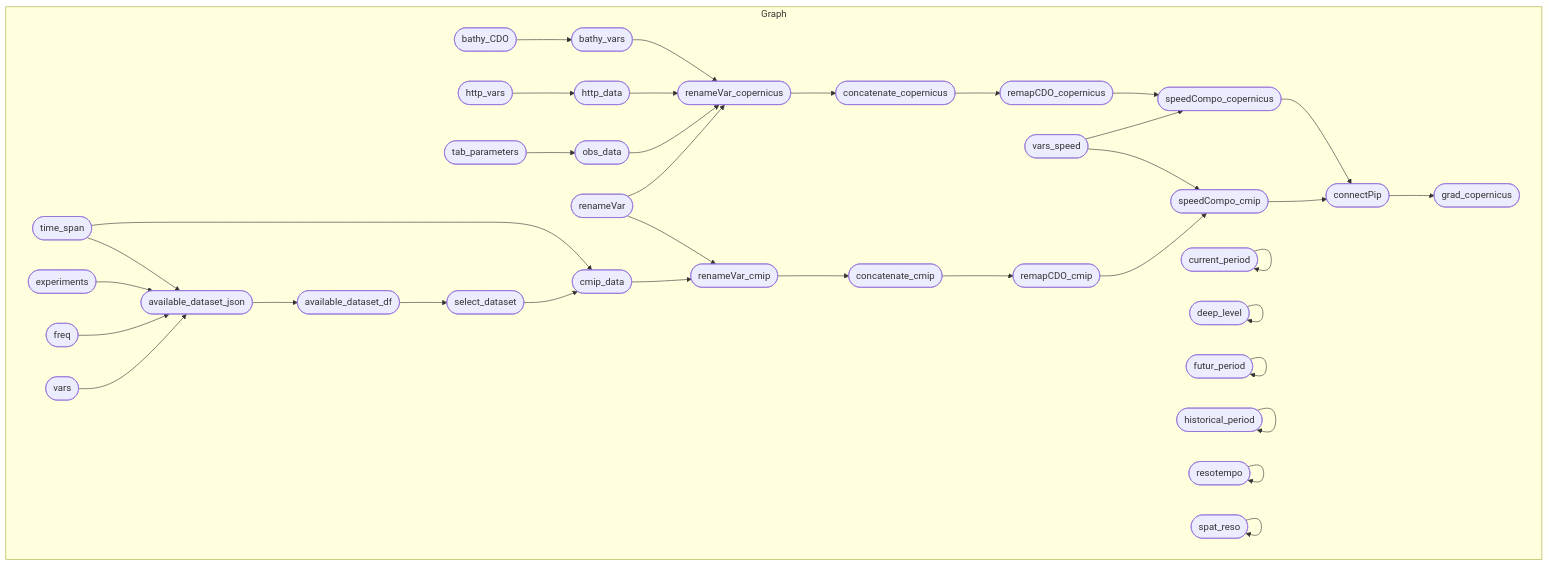
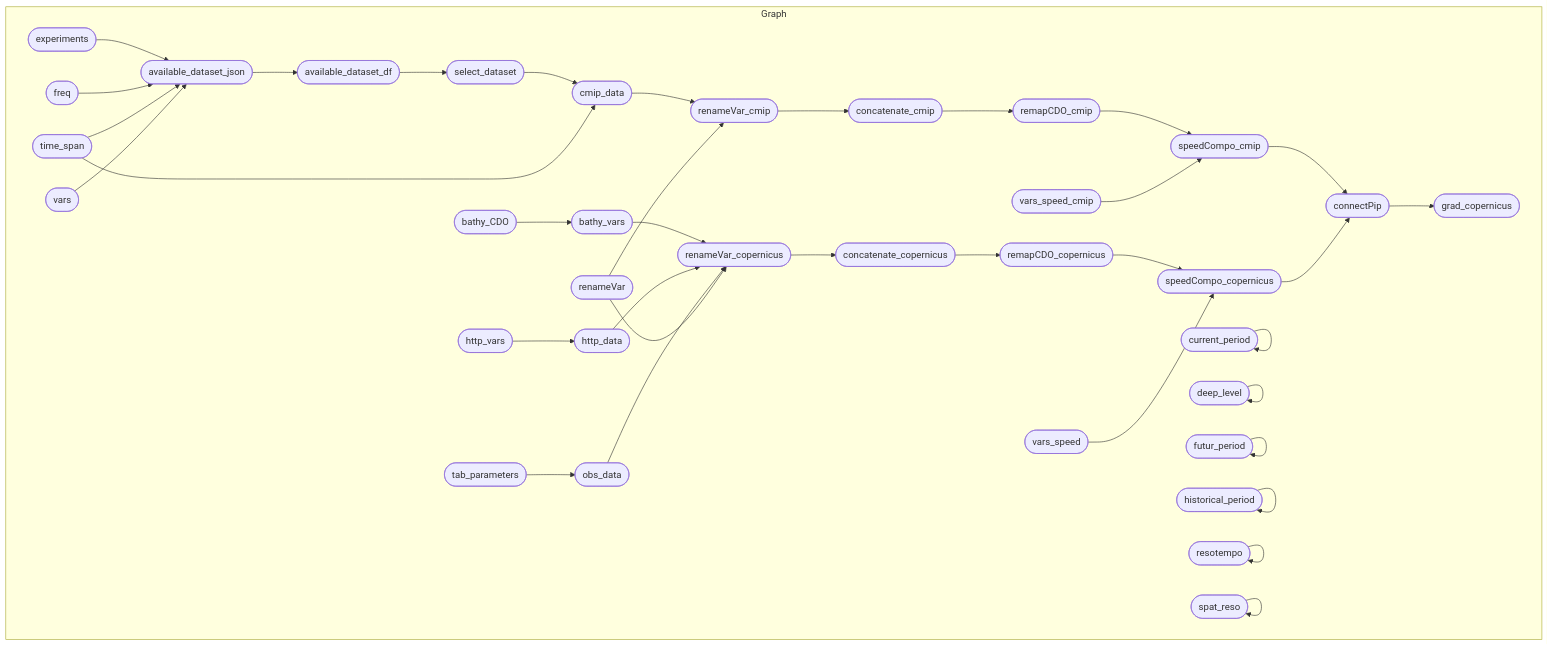
The diagram in README.md (r-fernandezz/downshape), drawn with Mermaid before and after one commit. The commit also changed other lines of this file and 4 other files, not shown here.

Commit message:
✨ NEW FEATURE: add vars_speed_cmip targets + download vars without speed vars or component

````diff
--- a/README.md
+++ b/README.md
@@ -22,40 +22,40 @@
 ``` mermaid
 graph LR
   subgraph Graph
     direction LR
     xe44467b2b079fc18(["renameVar_copernicus"]):::outdated --> x9289bfb53112cf3b(["concatenate_copernicus"]):::outdated
-    x0262297569c18022(["renameVar_cmip"]):::outdated --> x4fe875b2492d0106(["concatenate_cmip"]):::outdated
-    xec6283d15a25ed08(["remapCDO_copernicus"]):::started --> xfc6ed28680e5db72(["speedCompo_copernicus"]):::outdated
-    xca459201a27e8460(["vars_speed"]):::uptodate --> xfc6ed28680e5db72(["speedCompo_copernicus"]):::outdated
+    xd8e5f2013a341013(["cmip_data"]):::started --> x0262297569c18022(["renameVar_cmip"]):::outdated
+    xd15c82dcb79a7c2e(["renameVar"]):::uptodate --> x0262297569c18022(["renameVar_cmip"]):::outdated
+    x4fe875b2492d0106(["concatenate_cmip"]):::outdated --> xf4b49e2ba07661b1(["remapCDO_cmip"]):::outdated
     xcdaf411f7aa1a87d(["connectPip"]):::outdated --> x37179b61a203cbd3(["grad_copernicus"]):::outdated
     xf5c6fd225c377a3d(["bathy_CDO"]):::uptodate --> xb5817e1daca13dcc(["bathy_vars"]):::outdated
-    x71e926299248ce3f(["http_vars"]):::uptodate --> x35b468daf9281b76(["http_data"]):::uptodate
-    xb5817e1daca13dcc(["bathy_vars"]):::outdated --> xe44467b2b079fc18(["renameVar_copernicus"]):::outdated
-    x35b468daf9281b76(["http_data"]):::uptodate --> xe44467b2b079fc18(["renameVar_copernicus"]):::outdated
-    xd7bca5ba4e5f539d(["obs_data"]):::outdated --> xe44467b2b079fc18(["renameVar_copernicus"]):::outdated
-    xd15c82dcb79a7c2e(["renameVar"]):::uptodate --> xe44467b2b079fc18(["renameVar_copernicus"]):::outdated
-    xf4b49e2ba07661b1(["remapCDO_cmip"]):::outdated --> xe5de19f3be59da20(["speedCompo_cmip"]):::outdated
-    xca459201a27e8460(["vars_speed"]):::uptodate --> xe5de19f3be59da20(["speedCompo_cmip"]):::outdated
     x4301c707c2ab0cdc(["tab_parameters"]):::uptodate --> xd7bca5ba4e5f539d(["obs_data"]):::outdated
-    x3f5ab24ee8d242b4(["select_dataset"]):::outdated --> xd8e5f2013a341013(["cmip_data"]):::outdated
-    x2c0118dd07b06ac8(["time_span"]):::uptodate --> xd8e5f2013a341013(["cmip_data"]):::outdated
-    xe5de19f3be59da20(["speedCompo_cmip"]):::outdated --> xcdaf411f7aa1a87d(["connectPip"]):::outdated
-    xfc6ed28680e5db72(["speedCompo_copernicus"]):::outdated --> xcdaf411f7aa1a87d(["connectPip"]):::outdated
-    xd8e5f2013a341013(["cmip_data"]):::outdated --> x0262297569c18022(["renameVar_cmip"]):::outdated
-    xd15c82dcb79a7c2e(["renameVar"]):::uptodate --> x0262297569c18022(["renameVar_cmip"]):::outdated
-    x9289bfb53112cf3b(["concatenate_copernicus"]):::outdated --> xec6283d15a25ed08(["remapCDO_copernicus"]):::started
-    x6fcf9b0e7fc429ff(["available_dataset_json"]):::outdated --> xe895740a9b7896f7(["available_dataset_df"]):::outdated
-    xe895740a9b7896f7(["available_dataset_df"]):::outdated --> x3f5ab24ee8d242b4(["select_dataset"]):::outdated
-    x4fe875b2492d0106(["concatenate_cmip"]):::outdated --> xf4b49e2ba07661b1(["remapCDO_cmip"]):::outdated
+    x9289bfb53112cf3b(["concatenate_copernicus"]):::outdated --> xec6283d15a25ed08(["remapCDO_copernicus"]):::outdated
+    x71e926299248ce3f(["http_vars"]):::uptodate --> x35b468daf9281b76(["http_data"]):::outdated
     xac02e5e58926353b(["experiments"]):::uptodate --> x6fcf9b0e7fc429ff(["available_dataset_json"]):::outdated
     x906e78a8df9f52cb(["freq"]):::uptodate --> x6fcf9b0e7fc429ff(["available_dataset_json"]):::outdated
     x2c0118dd07b06ac8(["time_span"]):::uptodate --> x6fcf9b0e7fc429ff(["available_dataset_json"]):::outdated
-    x8f15ec77b8dbd81a(["vars"]):::uptodate --> x6fcf9b0e7fc429ff(["available_dataset_json"]):::outdated
+    x8f15ec77b8dbd81a(["vars"]):::outdated --> x6fcf9b0e7fc429ff(["available_dataset_json"]):::outdated
+    xf4b49e2ba07661b1(["remapCDO_cmip"]):::outdated --> xe5de19f3be59da20(["speedCompo_cmip"]):::outdated
+    x7a197bdf5f12681a(["vars_speed_cmip"]):::uptodate --> xe5de19f3be59da20(["speedCompo_cmip"]):::outdated
+    x3f5ab24ee8d242b4(["select_dataset"]):::outdated --> xd8e5f2013a341013(["cmip_data"]):::started
+    x2c0118dd07b06ac8(["time_span"]):::uptodate --> xd8e5f2013a341013(["cmip_data"]):::started
+    xec6283d15a25ed08(["remapCDO_copernicus"]):::outdated --> xfc6ed28680e5db72(["speedCompo_copernicus"]):::outdated
+    xca459201a27e8460(["vars_speed"]):::uptodate --> xfc6ed28680e5db72(["speedCompo_copernicus"]):::outdated
+    xb5817e1daca13dcc(["bathy_vars"]):::outdated --> xe44467b2b079fc18(["renameVar_copernicus"]):::outdated
+    x35b468daf9281b76(["http_data"]):::outdated --> xe44467b2b079fc18(["renameVar_copernicus"]):::outdated
+    xd7bca5ba4e5f539d(["obs_data"]):::outdated --> xe44467b2b079fc18(["renameVar_copernicus"]):::outdated
+    xd15c82dcb79a7c2e(["renameVar"]):::uptodate --> xe44467b2b079fc18(["renameVar_copernicus"]):::outdated
+    xe895740a9b7896f7(["available_dataset_df"]):::outdated --> x3f5ab24ee8d242b4(["select_dataset"]):::outdated
+    x0262297569c18022(["renameVar_cmip"]):::outdated --> x4fe875b2492d0106(["concatenate_cmip"]):::outdated
+    x6fcf9b0e7fc429ff(["available_dataset_json"]):::outdated --> xe895740a9b7896f7(["available_dataset_df"]):::outdated
+    xe5de19f3be59da20(["speedCompo_cmip"]):::outdated --> xcdaf411f7aa1a87d(["connectPip"]):::outdated
+    xfc6ed28680e5db72(["speedCompo_copernicus"]):::outdated --> xcdaf411f7aa1a87d(["connectPip"]):::outdated
     x084994fb0e480676(["current_period"]):::uptodate --> x084994fb0e480676(["current_period"]):::uptodate
     x625f066a5f205ec8(["deep_level"]):::uptodate --> x625f066a5f205ec8(["deep_level"]):::uptodate
     xbce5cad1cf7e7103(["futur_period"]):::uptodate --> xbce5cad1cf7e7103(["futur_period"]):::uptodate
     x57dd1d5e854c11b6(["historical_period"]):::uptodate --> x57dd1d5e854c11b6(["historical_period"]):::uptodate
     x55a14a7f5821bbec(["resotempo"]):::uptodate --> x55a14a7f5821bbec(["resotempo"]):::uptodate
     xe73cbbcc20086ecd(["spat_reso"]):::uptodate --> xe73cbbcc20086ecd(["spat_reso"]):::uptodate
   end
 ```
````
